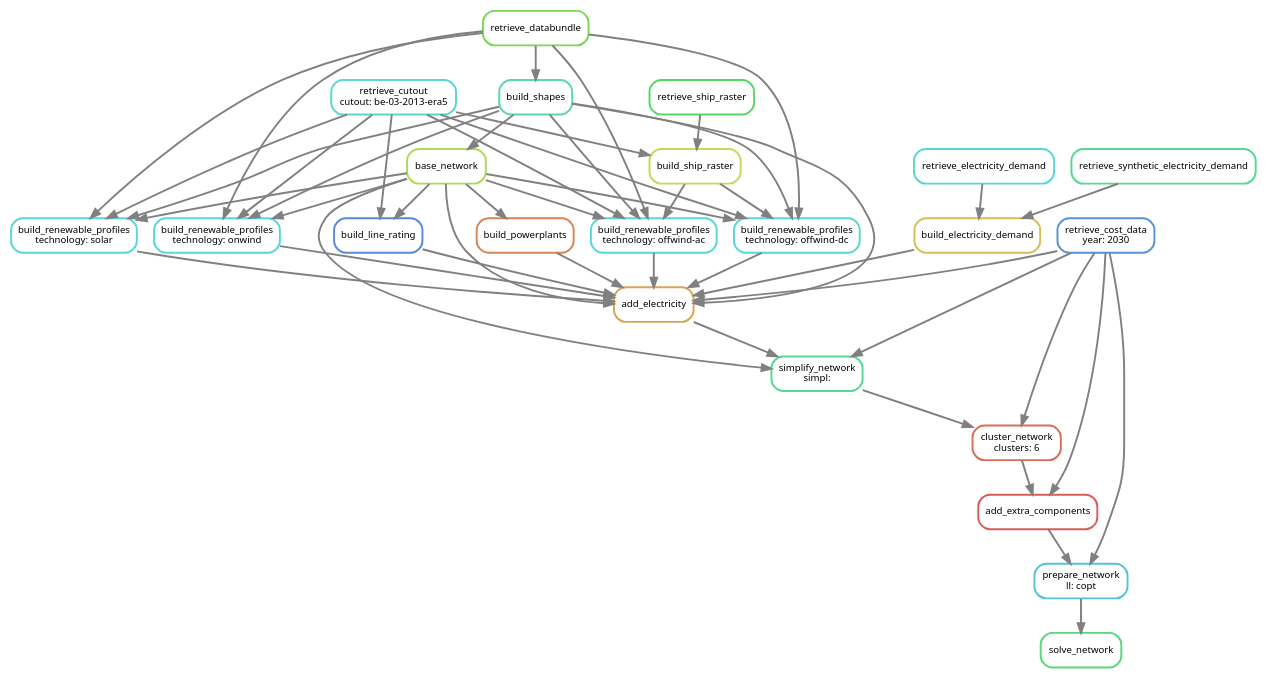
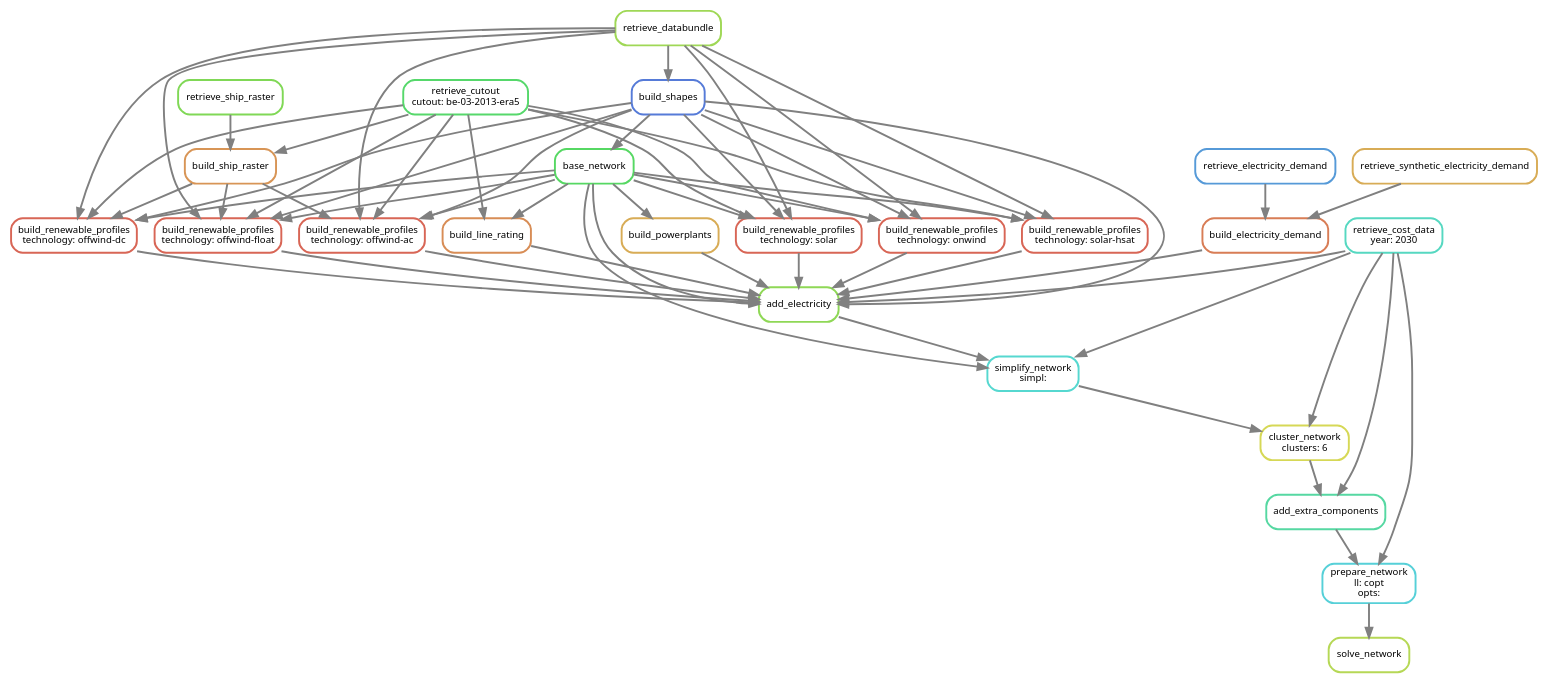
The diagram in doc/tutorial.rst (PyPSA/pypsa-eur), drawn with Graphviz before and after one commit. The commit also changed other lines of this file and 2 other files, not shown here.

Commit message:
doc: update workflow DAGs

```diff
--- a/doc/tutorial.rst
+++ b/doc/tutorial.rst
@@ -132,47 +132,51 @@
         graph[bgcolor=white, margin=0];
         node[shape=box, style=rounded, fontname=sans,                 fontsize=10, penwidth=2];
         edge[penwidth=2, color=grey];
-            0[label = "solve_network", color = "0.38 0.6 0.85", style="rounded"];
-            1[label = "prepare_network\nll: copt", color = "0.53 0.6 0.85", style="rounded"];
-            2[label = "add_extra_components", color = "0.01 0.6 0.85", style="rounded"];
-            3[label = "cluster_network\nclusters: 6", color = "0.03 0.6 0.85", style="rounded"];
-            4[label = "simplify_network\nsimpl: ", color = "0.42 0.6 0.85", style="rounded"];
-            5[label = "add_electricity", color = "0.10 0.6 0.85", style="rounded"];
-            6[label = "build_renewable_profiles\ntechnology: solar", color = "0.50 0.6 0.85", style="rounded"];
-            7[label = "base_network", color = "0.22 0.6 0.85", style="rounded"];
-            8[label = "build_shapes", color = "0.44 0.6 0.85", style="rounded"];
-            9[label = "retrieve_databundle", color = "0.29 0.6 0.85", style="rounded"];
-            10[label = "retrieve_cutout\ncutout: be-03-2013-era5", color = "0.49 0.6 0.85", style="rounded"];
-            11[label = "build_renewable_profiles\ntechnology: onwind", color = "0.50 0.6 0.85", style="rounded"];
-            12[label = "build_renewable_profiles\ntechnology: offwind-ac", color = "0.50 0.6 0.85", style="rounded"];
-            13[label = "build_ship_raster", color = "0.19 0.6 0.85", style="rounded"];
-            14[label = "retrieve_ship_raster", color = "0.35 0.6 0.85", style="rounded"];
-            15[label = "build_renewable_profiles\ntechnology: offwind-dc", color = "0.50 0.6 0.85", style="rounded"];
-            16[label = "build_line_rating", color = "0.60 0.6 0.85", style="rounded"];
-            17[label = "retrieve_cost_data\nyear: 2030", color = "0.59 0.6 0.85", style="rounded"];
-            18[label = "build_powerplants", color = "0.06 0.6 0.85", style="rounded"];
-            19[label = "build_electricity_demand", color = "0.13 0.6 0.85", style="rounded"];
-            20[label = "retrieve_electricity_demand", color = "0.49 0.6 0.85", style="rounded"];
-            21[label = "retrieve_synthetic_electricity_demand", color = "0.41 0.6 0.85", style="rounded"];
+            0[label = "solve_network", color = "0.21 0.6 0.85", style="rounded"];
+            1[label = "prepare_network\nll: copt\nopts: ", color = "0.51 0.6 0.85", style="rounded"];
+            2[label = "add_extra_components", color = "0.43 0.6 0.85", style="rounded"];
+            3[label = "cluster_network\nclusters: 6", color = "0.17 0.6 0.85", style="rounded"];
+            4[label = "simplify_network\nsimpl: ", color = "0.49 0.6 0.85", style="rounded"];
+            5[label = "add_electricity", color = "0.26 0.6 0.85", style="rounded"];
+            6[label = "build_renewable_profiles\ntechnology: solar", color = "0.02 0.6 0.85", style="rounded"];
+            7[label = "base_network", color = "0.35 0.6 0.85", style="rounded"];
+            8[label = "build_shapes", color = "0.62 0.6 0.85", style="rounded"];
+            9[label = "retrieve_databundle", color = "0.24 0.6 0.85", style="rounded"];
+            10[label = "retrieve_cutout\ncutout: be-03-2013-era5", color = "0.36 0.6 0.85", style="rounded"];
+            11[label = "build_renewable_profiles\ntechnology: solar-hsat", color = "0.02 0.6 0.85", style="rounded"];
+            12[label = "build_renewable_profiles\ntechnology: onwind", color = "0.02 0.6 0.85", style="rounded"];
+            13[label = "build_renewable_profiles\ntechnology: offwind-ac", color = "0.02 0.6 0.85", style="rounded"];
+            14[label = "build_ship_raster", color = "0.08 0.6 0.85", style="rounded"];
+            15[label = "retrieve_ship_raster", color = "0.28 0.6 0.85", style="rounded"];
+            16[label = "build_renewable_profiles\ntechnology: offwind-dc", color = "0.02 0.6 0.85", style="rounded"];
+            17[label = "build_renewable_profiles\ntechnology: offwind-float", color = "0.02 0.6 0.85", style="rounded"];
+            18[label = "build_line_rating", color = "0.07 0.6 0.85", style="rounded"];
+            19[label = "retrieve_cost_data\nyear: 2030", color = "0.47 0.6 0.85", style="rounded"];
+            20[label = "build_powerplants", color = "0.11 0.6 0.85", style="rounded"];
+            21[label = "build_electricity_demand", color = "0.05 0.6 0.85", style="rounded"];
+            22[label = "retrieve_electricity_demand", color = "0.58 0.6 0.85", style="rounded"];
+            23[label = "retrieve_synthetic_electricity_demand", color = "0.11 0.6 0.85", style="rounded"];
             1 -> 0
             2 -> 1
-            17 -> 1
+            19 -> 1
             3 -> 2
-            17 -> 2
+            19 -> 2
             4 -> 3
-            17 -> 3
+            19 -> 3
             5 -> 4
-            17 -> 4
+            19 -> 4
             7 -> 4
             6 -> 5
             11 -> 5
             12 -> 5
-            15 -> 5
-            7 -> 5
+            13 -> 5
             16 -> 5
             17 -> 5
+            7 -> 5
             18 -> 5
             19 -> 5
+            20 -> 5
+            21 -> 5
             8 -> 5
             7 -> 6
             9 -> 6
@@ -186,19 +190,28 @@
             10 -> 11
             7 -> 12
             9 -> 12
-            13 -> 12
             8 -> 12
             10 -> 12
+            7 -> 13
+            9 -> 13
             14 -> 13
+            8 -> 13
             10 -> 13
-            7 -> 15
-            9 -> 15
-            13 -> 15
-            8 -> 15
-            10 -> 15
+            15 -> 14
+            10 -> 14
             7 -> 16
+            9 -> 16
+            14 -> 16
+            8 -> 16
             10 -> 16
+            7 -> 17
+            9 -> 17
+            14 -> 17
+            8 -> 17
+            10 -> 17
             7 -> 18
-            20 -> 19
-            21 -> 19
-    }
+            10 -> 18
+            7 -> 20
+            22 -> 21
+            23 -> 21
+    } 
```
